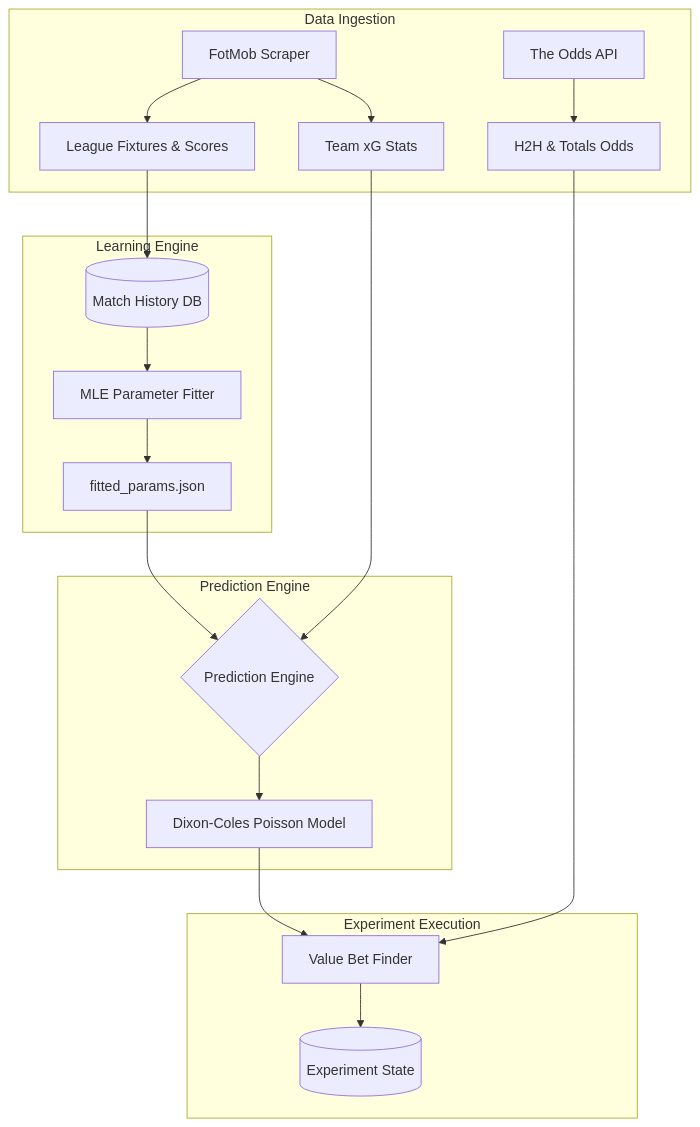
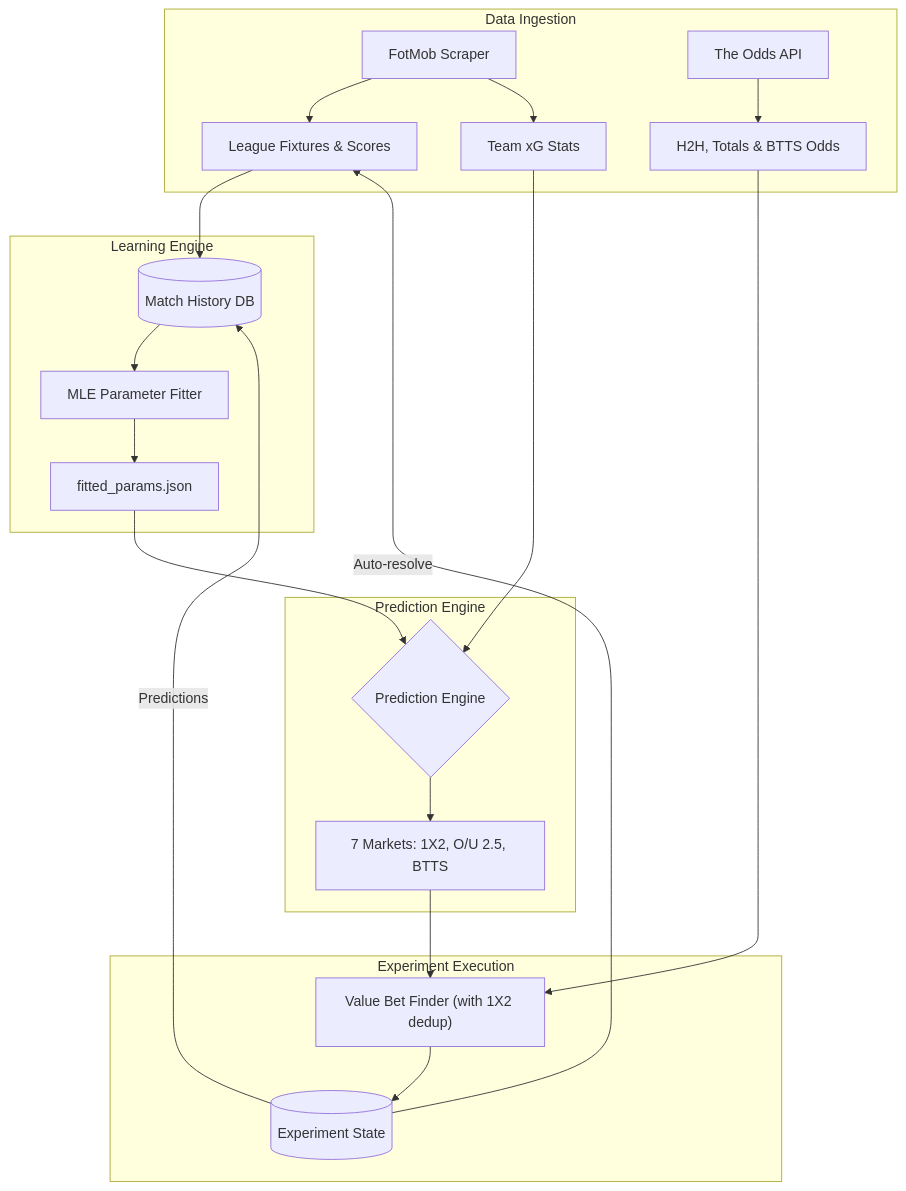
One commit to Seve1995/BetAI changed the diagram in MODEL_ARCHITECTURE.md. Above: the diagram before and after it, drawn with Mermaid. The commit also changed other lines of this file and 13 other files, not shown here.

Commit message:
feat: Implement FotMob and Odds API data ingestion, model fitting, and a prediction engine for betting experiments.

````diff
--- a/MODEL_ARCHITECTURE.md
+++ b/MODEL_ARCHITECTURE.md
@@ -9,26 +9,28 @@
 ```mermaid
 graph TD
     subgraph "Data Ingestion"
         A1[FotMob Scraper] --> A2[League Fixtures & Scores]
         A1 --> A3[Team xG Stats]
-        B1[The Odds API] --> B2[H2H & Totals Odds]
+        B1[The Odds API] --> B2["H2H, Totals & BTTS Odds"]
     end
 
     subgraph "Learning Engine"
         A2 --> C1[(Match History DB)]
         C1 --> C2[MLE Parameter Fitter]
         C2 --> C3[fitted_params.json]
     end
 
     subgraph "Prediction Engine"
         C3 --> D1{Prediction Engine}
         A3 --> D1
-        D1 --> D2[Dixon-Coles Poisson Model]
+        D1 --> D2["7 Markets: 1X2, O/U 2.5, BTTS"]
     end
 
     subgraph "Experiment Execution"
-        D2 --> E1[Value Bet Finder]
+        D2 --> E1["Value Bet Finder (with 1X2 dedup)"]
         B2 --> E1
         E1 --> E2[(Experiment State)]
+        E2 -->|Auto-resolve| A2
+        E2 -->|Predictions| C1
     end
 ```
````
